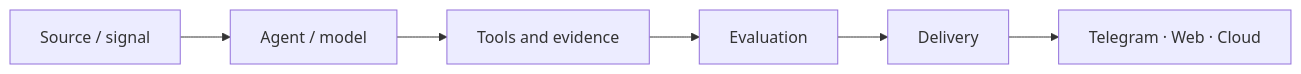
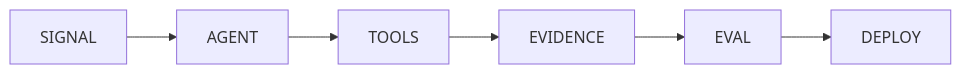
Before and after one commit to Metaphysicist1/Metaphysicist1: the diagram in README.md, drawn with Mermaid. The commit also changed other lines of this file and 2 other files, not shown here.

````diff
--- a/README.md
+++ b/README.md
@@ -56,8 +37,8 @@
 ```mermaid
 flowchart LR
-    A[Source / signal] --> B[Agent / model]
-    B --> C[Tools and evidence]
-    C --> D[Evaluation]
-    D --> E[Delivery]
-    E --> F[Telegram · Web · Cloud]
+    A[SIGNAL] --> B[AGENT]
+    B --> C[TOOLS]
+    C --> D[EVIDENCE]
+    D --> E[EVAL]
+    E --> F[DEPLOY]
 ```
````
